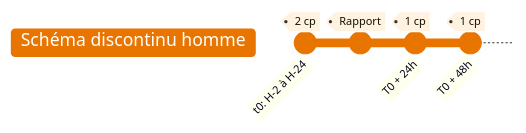
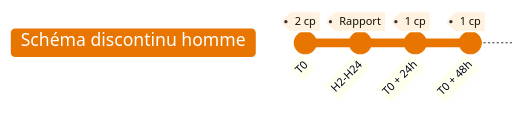
Before and after one commit to djibe/recommandations-medicales: the third of 3 diagrams in content/recommandations/prophylaxie-preexposition-prep.md, drawn with Mermaid. The commit also changed 9 other files, not shown here.

```diff
--- a/content/recommandations/prophylaxie-preexposition-prep.md
+++ b/content/recommandations/prophylaxie-preexposition-prep.md
@@ -300,8 +300,8 @@
 {{< mermaid title="Utilisation de la PrEP en schéma discontinu (hors AMM et hors VHB actif). Dr JB Fron d'après HAS 2021" >}}
 %%{init: { 'gitGraph': { 'mainBranchName': 'Schéma discontinu homme' }, 'themeVariables': { 'git0' : '#e87500', 'tagLabelBackground': '#FFF2E1', 'tagLabelBorder': '#fff' }}}%%
 gitGraph
-  commit id: "t0: H-2 à H-24" tag: "2 cp"
-  commit id: " " tag: "Rapport"
+  commit id: "T0" tag: "2 cp"
+  commit id: "H2-H24" tag: "Rapport"
   commit id: "T0 + 24h" tag: "1 cp"
   commit id: "T0 + 48h" tag: "1 cp"
 {{< /mermaid >}}
```
